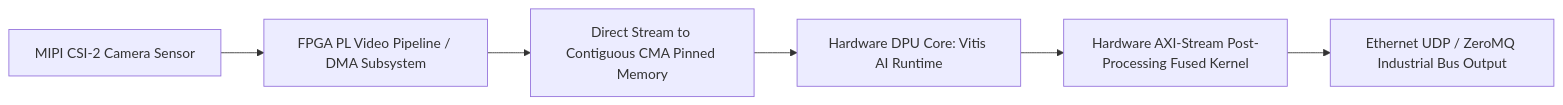
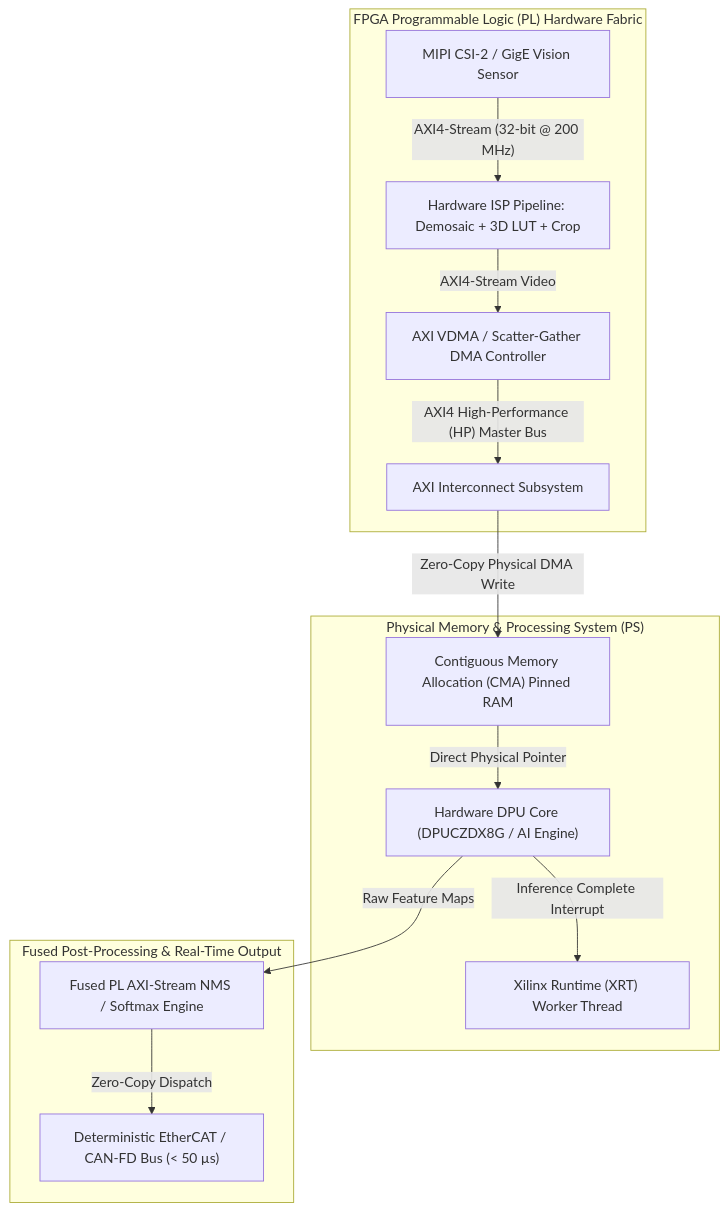
One commit to sergiomh499/cv-projects changed the diagram in topics/fpga-deployment/02-production-pipeline-and-workarounds.md. Above: the diagram before and after it, drawn with Mermaid. The commit also changed other lines of this file and 41 other files, not shown here.

Commit message:
docs(vault): deep expansion across 20 topic production pipelines, 2025-2026 architectures (RF-DETR, Qwen2.5-VL, MambaVision), and complete taxonomy matrices

````diff
--- a/topics/fpga-deployment/02-production-pipeline-and-workarounds.md
+++ b/topics/fpga-deployment/02-production-pipeline-and-workarounds.md
@@ -29,9 +36,19 @@
 ```mermaid
-flowchart LR
-    MIPI["MIPI CSI-2 Camera Sensor"] --> V4L2["FPGA PL Video Pipeline / DMA Subsystem"]
-    V4L2 --> DirectBRAM["Direct Stream to Contiguous CMA Pinned Memory"]
-    DirectBRAM --> DPU["Hardware DPU Core: Vitis AI Runtime"]
-    DPU --> PostProc["Hardware AXI-Stream Post-Processing Fused Kernel"]
-    PostProc --> UDP["Ethernet UDP / ZeroMQ Industrial Bus Output"]
+flowchart TD
+    subgraph "FPGA Programmable Logic (PL) Hardware Fabric"
+        MIPISensor["MIPI CSI-2 / GigE Vision Sensor"] -->|"AXI4-Stream (32-bit @ 200 MHz)"| HW_ISP["Hardware ISP Pipeline: Demosaic + 3D LUT + Crop"]
+        HW_ISP -->|"AXI4-Stream Video"| AXIDMA["AXI VDMA / Scatter-Gather DMA Controller"]
+        AXIDMA -->|"AXI4 High-Performance (HP) Master Bus"| Interconnect["AXI Interconnect Subsystem"]
+    end
 
+    subgraph "Physical Memory & Processing System (PS)"
+        Interconnect -->|"Zero-Copy Physical DMA Write"| CMABuffer["Contiguous Memory Allocation (CMA) Pinned RAM"]
+        CMABuffer -->|"Direct Physical Pointer"| DPUCore["Hardware DPU Core (DPUCZDX8G / AI Engine)"]
+        DPUCore -->|"Inference Complete Interrupt"| XRT["Xilinx Runtime (XRT) Worker Thread"]
+    end
+
+    subgraph "Fused Post-Processing & Real-Time Output"
+        DPUCore -->|"Raw Feature Maps"| FusedPLNMS["Fused PL AXI-Stream NMS / Softmax Engine"]
+        FusedPLNMS -->|"Zero-Copy Dispatch"| EtherCAT["Deterministic EtherCAT / CAN-FD Bus (< 50 µs)"]
+    end
 ```
````
